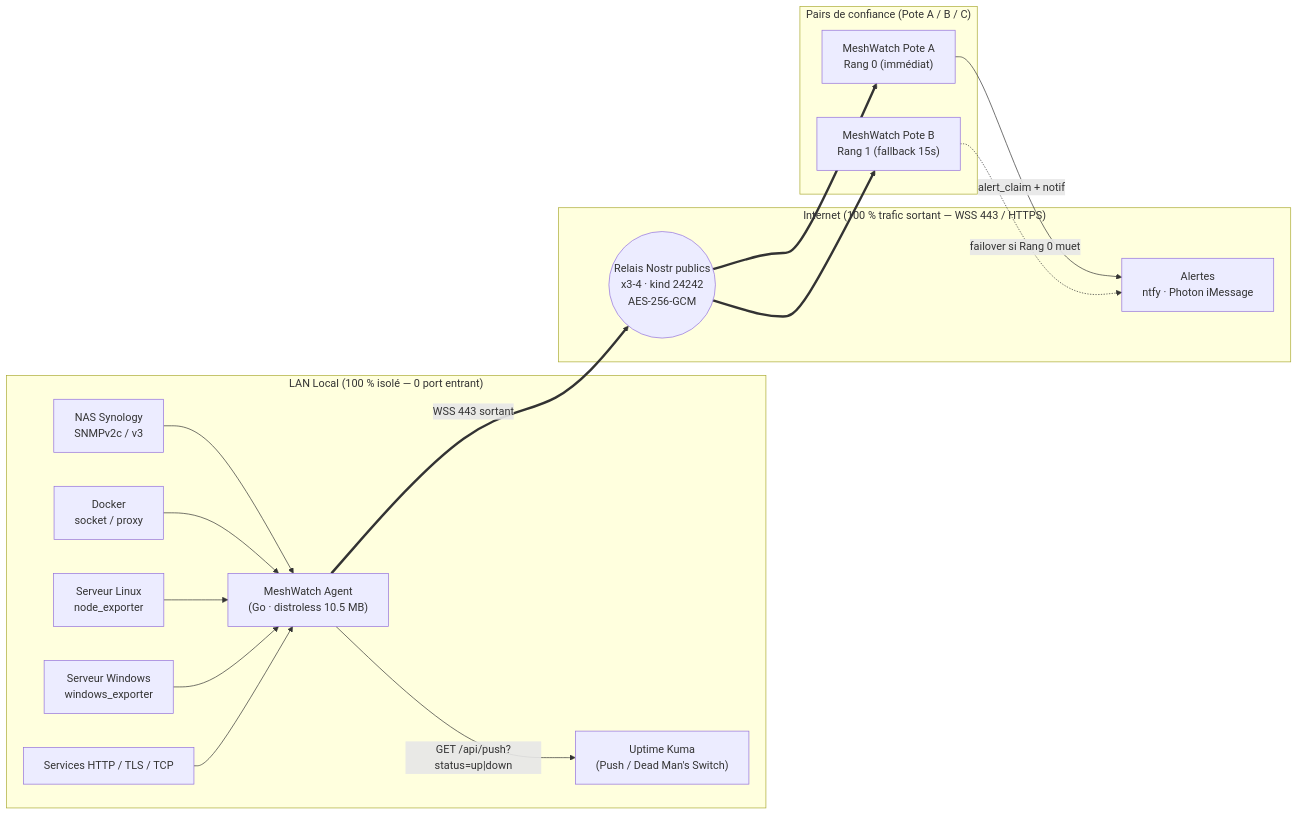
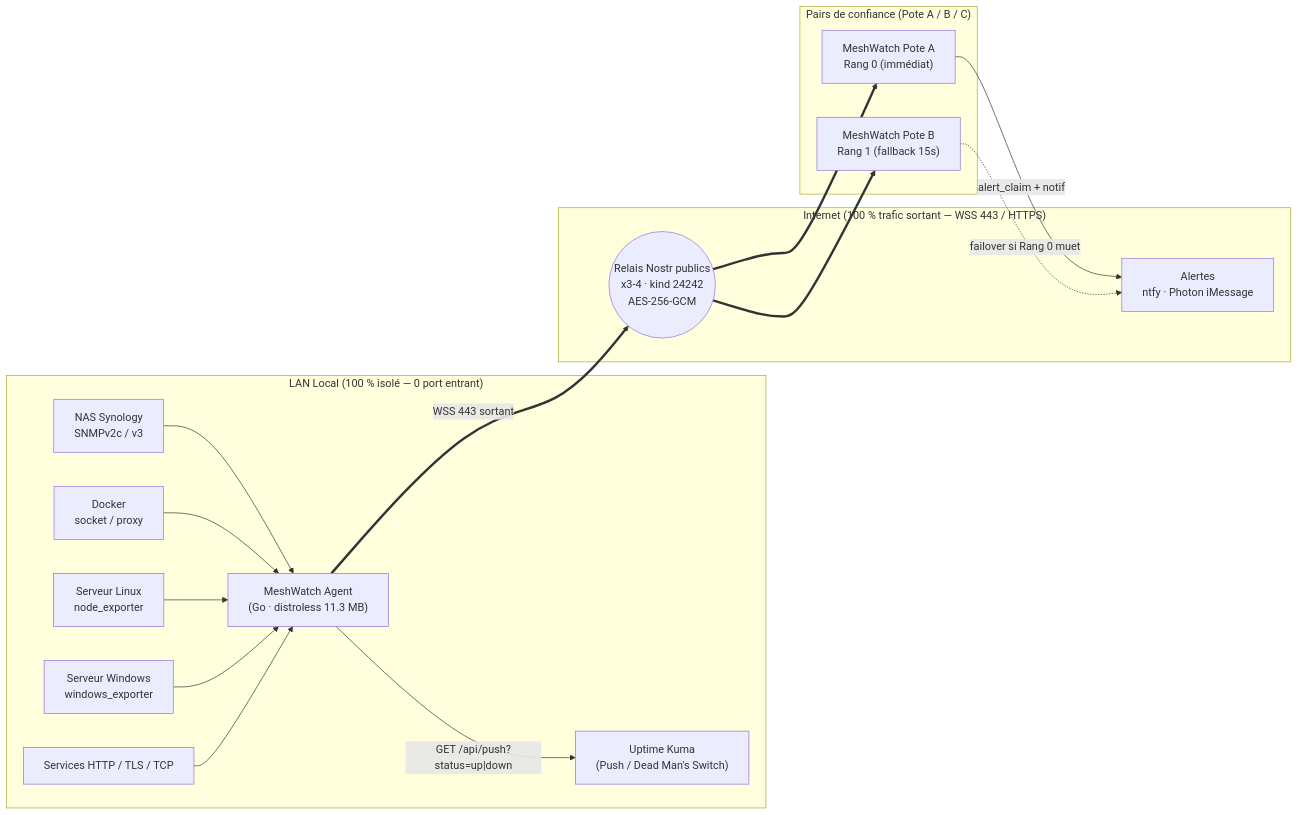
The diagram in README.md (AL1X0/meshkuma), drawn with Mermaid before and after one commit. The commit also changed other lines of this file and 8 other files, not shown here.

````diff
--- a/README.md
+++ b/README.md
@@ -38,36 +88,36 @@
 ```mermaid
 flowchart LR
     subgraph LAN["LAN Local (100 % isolé — 0 port entrant)"]
         SYNO["NAS Synology<br/>SNMPv2c / v3"]
         DOCK["Docker<br/>socket / proxy"]
         LIN["Serveur Linux<br/>node_exporter"]
         WIN["Serveur Windows<br/>windows_exporter"]
         WEB["Services HTTP / TLS / TCP"]
 
-        AGENT["MeshWatch Agent<br/>(Go · distroless 10.5 MB)"]
+        AGENT["MeshWatch Agent<br/>(Go · distroless 11.3 MB)"]
         KUMA["Uptime Kuma<br/>(Push / Dead Man's Switch)"]
 
         SYNO --> AGENT
         DOCK --> AGENT
         LIN --> AGENT
         WIN --> AGENT
         WEB --> AGENT
         AGENT -->|"GET /api/push?status=up|down"| KUMA
     end
 
     subgraph WAN["Internet (100 % trafic sortant — WSS 443 / HTTPS)"]
         RELAYS(("Relais Nostr publics<br/>x3-4 · kind 24242<br/>AES-256-GCM"))
         ALERTS["Alertes<br/>ntfy · Photon iMessage"]
     end
 
     subgraph PEERS["Pairs de confiance (Pote A / B / C)"]
         PEER_A["MeshWatch Pote A<br/>Rang 0 (immédiat)"]
         PEER_B["MeshWatch Pote B<br/>Rang 1 (fallback 15s)"]
     end
 
     AGENT ==>|"WSS 443 sortant"| RELAYS
     RELAYS ==> PEER_A
     RELAYS ==> PEER_B
     PEER_A -->|"alert_claim + notif"| ALERTS
     PEER_B -.->|"failover si Rang 0 muet"| ALERTS
 ```
````
